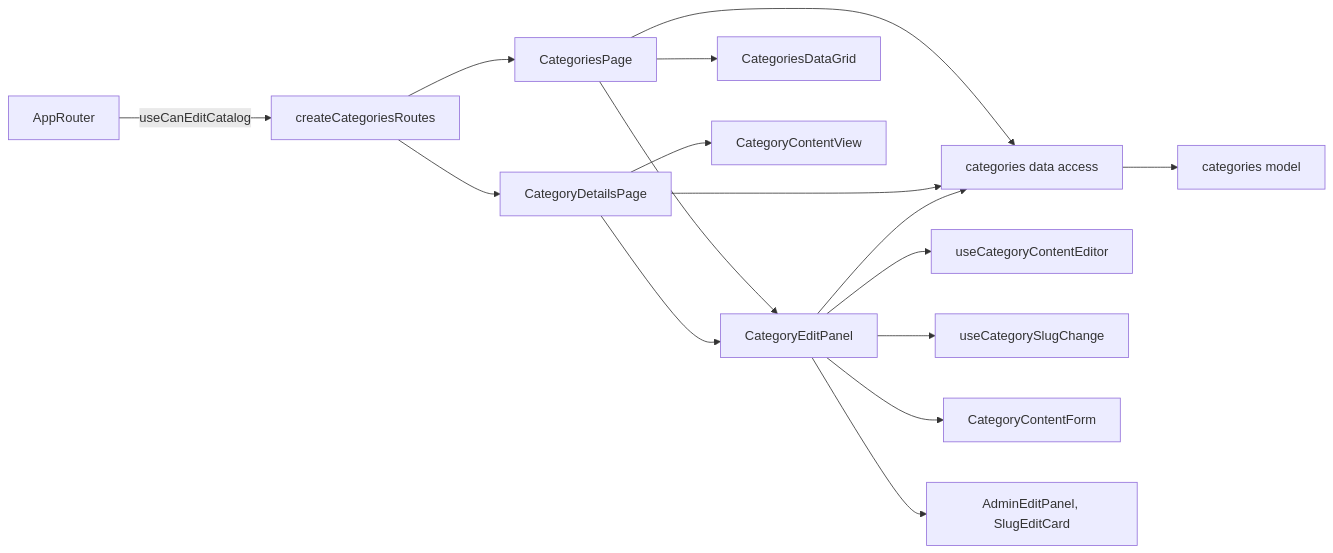
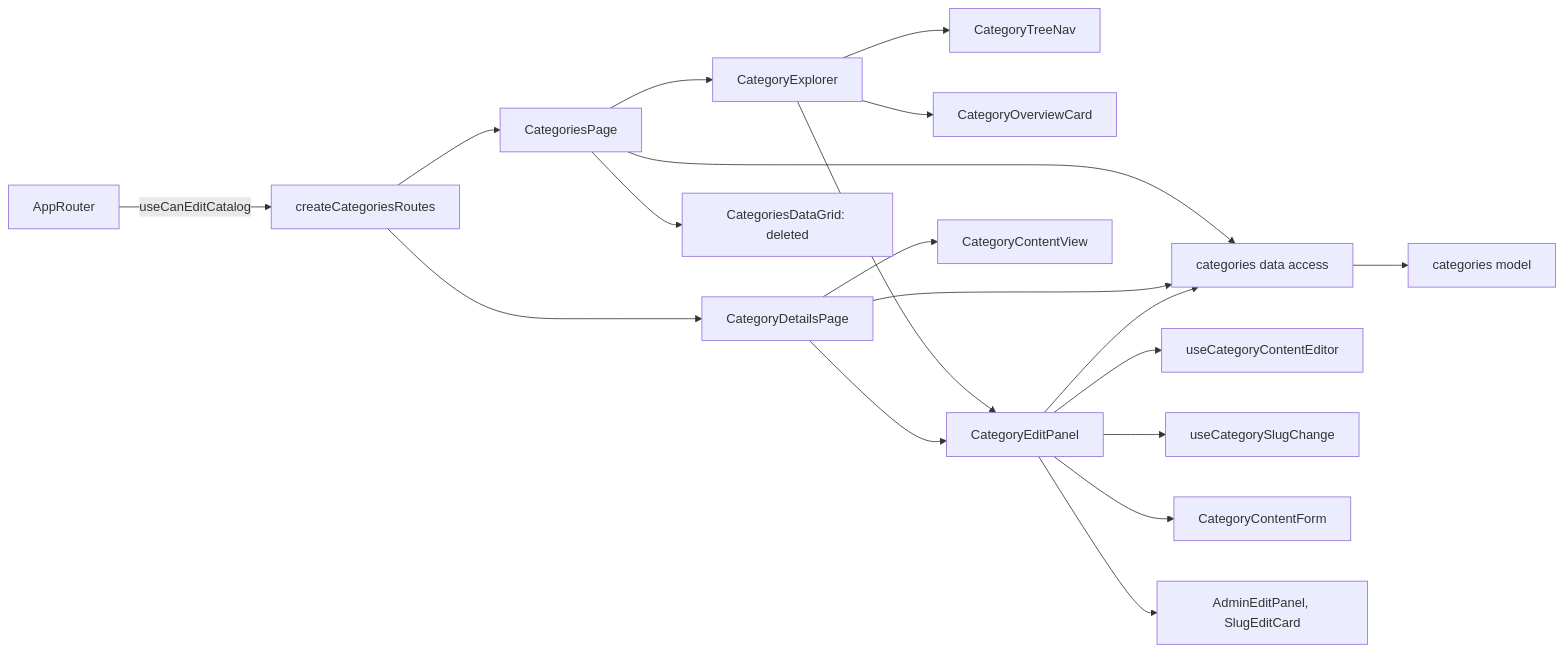
Before and after one commit to Weretik/kedr-web: the diagram in docs/features/admin/categories.md, drawn with Mermaid. The commit also changed other lines of this file and 17 other files, not shown here.

First line of the commit message:
feat(admin): categories as a tree with the selected category beside it

````diff
--- a/docs/features/admin/categories.md
+++ b/docs/features/admin/categories.md
@@ -12,18 +12,21 @@
 ```mermaid
 flowchart LR
     App[AppRouter] -->|useCanEditCatalog| Routes[createCategoriesRoutes]
     Routes --> List[CategoriesPage]
     Routes --> Detail[CategoryDetailsPage]
     List --> Api[categories data access]
     Detail --> Api
-    List --> Panel[CategoryEditPanel]
+    List --> Explorer[CategoryExplorer]
+    Explorer --> Tree[CategoryTreeNav]
+    Explorer --> Overview[CategoryOverviewCard]
+    Explorer --> Panel[CategoryEditPanel]
     Detail --> Panel
     Panel --> Api
     Panel --> Editor[useCategoryContentEditor]
     Panel --> Slug[useCategorySlugChange]
     Api --> Model[categories model]
-    List --> Grid[CategoriesDataGrid]
+    List --> Grid[CategoriesDataGrid: deleted]
     Panel --> Content[CategoryContentForm]
     Detail --> View[CategoryContentView]
     Panel --> Shared[AdminEditPanel, SlugEditCard]
 ```
````
